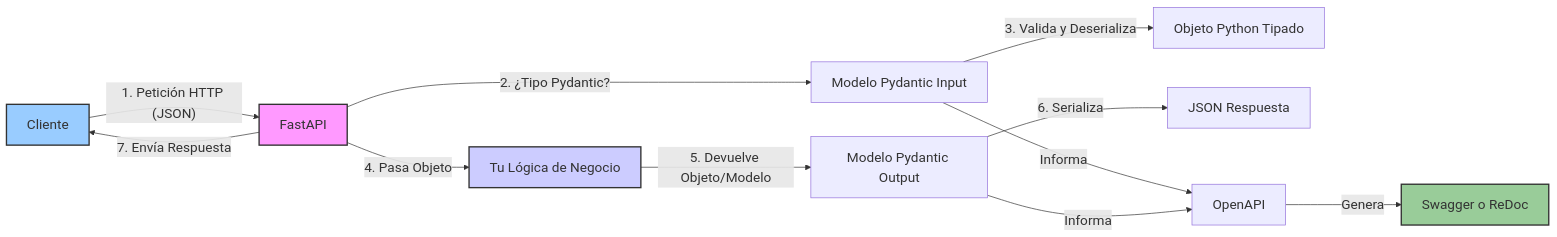
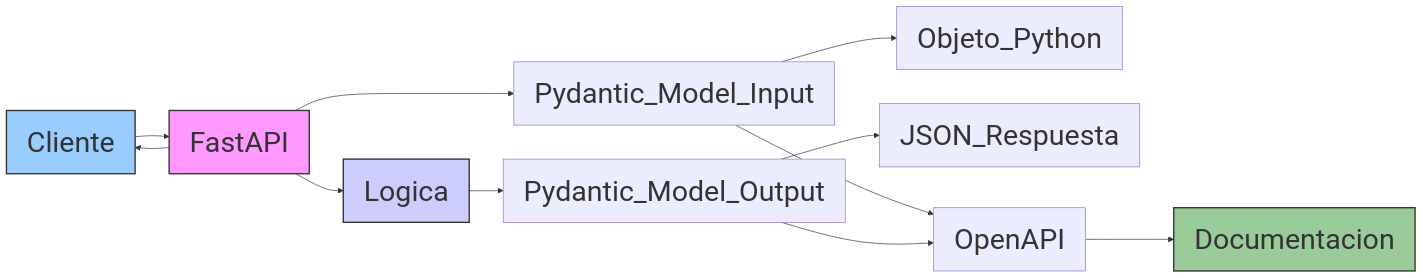
The first of 16 diagrams in B1/Tema2/Tema2.md (docenciait/CursoV1), drawn with Mermaid before and after one commit. The commit also changed other lines of this file, not shown here.

````diff
--- a/B1/Tema2/Tema2.md
+++ b/B1/Tema2/Tema2.md
@@ -284,22 +284,24 @@
 ```mermaid
-%%{init: {"themeVariables": {"fontSize": "20px"}}}%%
+%%{init: {"themeVariables": {"fontSize": "42px"}}}%%
 graph LR
-    Cliente -- "1. Petición HTTP (JSON)" --> FastAPI
-    FastAPI -- "2. ¿Tipo Pydantic?" --> Pydantic_Model_Input[Modelo Pydantic Input]
-    Pydantic_Model_Input -- "3. Valida y Deserializa" --> Objeto_Python[Objeto Python Tipado]
-    FastAPI -- "4. Pasa Objeto" --> Logica[Tu Lógica de Negocio]
-    Logica -- "5. Devuelve Objeto/Modelo" --> Pydantic_Model_Output[Modelo Pydantic Output]
-    Pydantic_Model_Output -- "6. Serializa" --> JSON_Respuesta[JSON Respuesta]
-    FastAPI -- "7. Envía Respuesta" --> Cliente
+    Cliente --> FastAPI
+    FastAPI --> Pydantic_Model_Input
+    Pydantic_Model_Input --> Objeto_Python
+    FastAPI --> Logica
+    Logica --> Pydantic_Model_Output
+    Pydantic_Model_Output --> JSON_Respuesta
+    FastAPI --> Cliente
 
-    Pydantic_Model_Input -- "Informa" --> OpenAPI
-    Pydantic_Model_Output -- "Informa" --> OpenAPI
-    OpenAPI -- "Genera" --> Documentacion[Swagger o ReDoc]
+    Pydantic_Model_Input --> OpenAPI
+    Pydantic_Model_Output --> OpenAPI
+    OpenAPI --> Documentacion
 
     style FastAPI fill:#f9f,stroke:#333,stroke-width:2px
     style Logica fill:#ccf,stroke:#333,stroke-width:2px
     style Cliente fill:#9cf,stroke:#333,stroke-width:2px
     style Documentacion fill:#9c9,stroke:#333,stroke-width:2px
 
 
+
+
 ```
````
